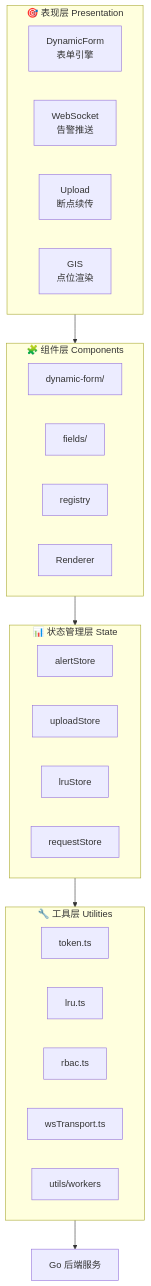
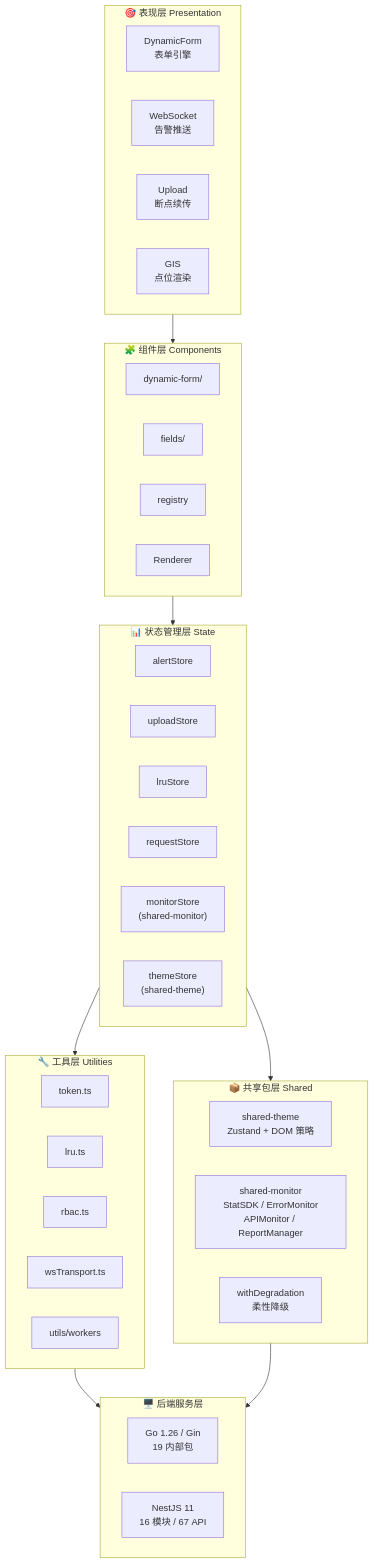
Before and after one commit to KMaybe01/interview-demo: the sixth of 51 diagrams in docs/WIKI.md, drawn with Mermaid. The commit also changed other lines of this file and 1 other file, not shown here.

````diff
--- a/docs/WIKI.md
+++ b/docs/WIKI.md
@@ -439,36 +461,51 @@
 ```mermaid
 graph TB
     subgraph Presentation["🎯 表现层 Presentation"]
         DF["DynamicForm<br/>表单引擎"]
         WS["WebSocket<br/>告警推送"]
         UP["Upload<br/>断点续传"]
         GIS["GIS<br/>点位渲染"]
     end
 
     subgraph Components["🧩 组件层 Components"]
         CF["dynamic-form/"]
         FR["fields/"]
         RG["registry"]
         RE["Renderer"]
     end
 
     subgraph State["📊 状态管理层 State"]
         ZA["alertStore"]
         ZU["uploadStore"]
         ZL["lruStore"]
         ZR["requestStore"]
+        MS["monitorStore<br/>(shared-monitor)"]
+        TS["themeStore<br/>(shared-theme)"]
+    end
+
+    subgraph Shared["📦 共享包层 Shared"]
+        TH["shared-theme<br/>Zustand + DOM 策略"]
+        MO["shared-monitor<br/>StatSDK / ErrorMonitor<br/>APIMonitor / ReportManager"]
+        DG["withDegradation<br/>柔性降级"]
     end
 
     subgraph Utils["🔧 工具层 Utilities"]
         TK["token.ts"]
         LR["lru.ts"]
         RB["rbac.ts"]
         WSX["wsTransport.ts"]
         WK["utils/workers"]
     end
 
+    subgraph BackendLayer["🖥️ 后端服务层"]
+        GO["Go 1.26 / Gin<br/>19 内部包"]
+        NEST["NestJS 11<br/>16 模块 / 67 API"]
+    end
+
     Presentation --> Components
     Components --> State
+    State --> Shared
     State --> Utils
-    Utils --> BackendLayer["Go 后端服务"]
+    Utils --> BackendLayer
+    Shared --> BackendLayer
 ```
````
